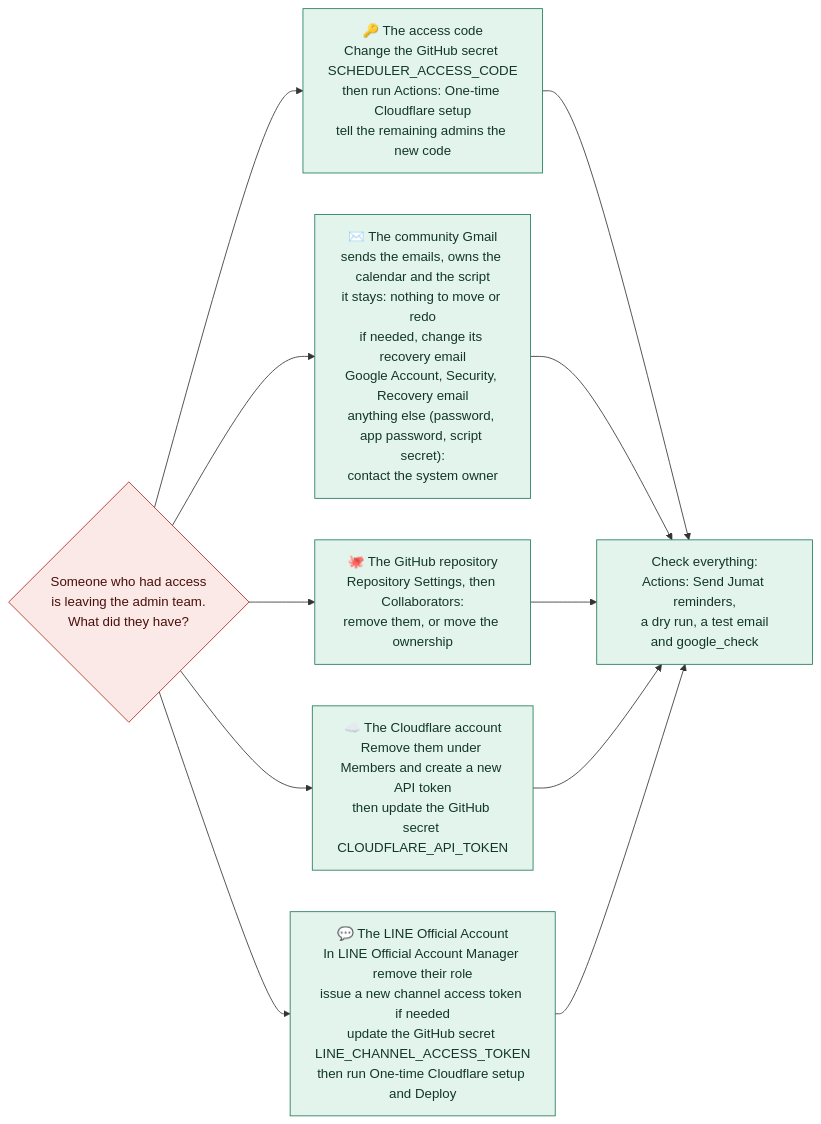
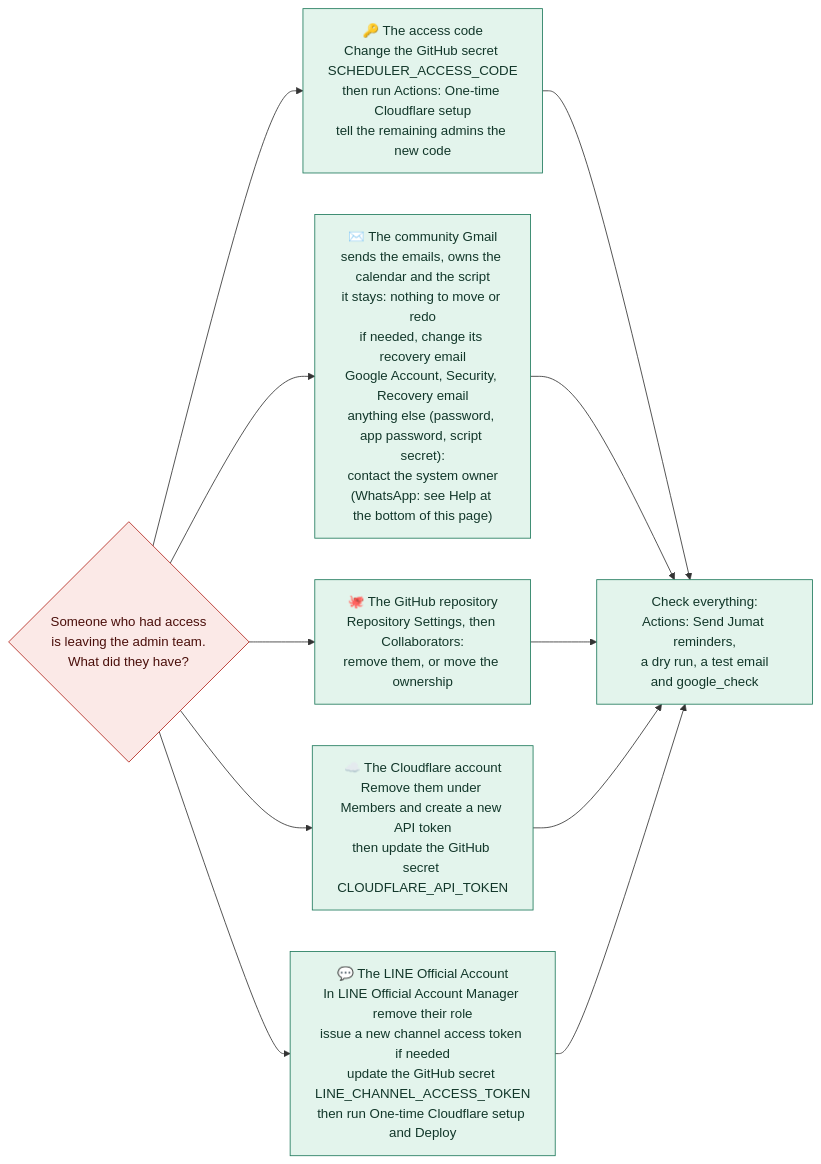
Before and after one commit to mushaffarasyidridha/Jumat-Scheduler-NAIST: the tenth of 12 diagrams in docs/GUIDE.md, drawn with Mermaid. The commit also changed other lines of this file and 6 other files, not shown here.

First line of the commit message:
Guide: add a Help line with the system owner's WhatsApp

````diff
--- a/docs/GUIDE.md
+++ b/docs/GUIDE.md
@@ -402,20 +402,20 @@
 ```mermaid
 flowchart LR
   B{"Someone who had access<br/>is leaving the admin team.<br/>What did they have?"}
   B --> D1["🔑 The access code<br/>Change the GitHub secret SCHEDULER_ACCESS_CODE<br/>then run Actions: One-time Cloudflare setup<br/>tell the remaining admins the new code"]
-  B --> D2["✉️ The community Gmail<br/>sends the emails, owns the calendar and the script<br/>it stays: nothing to move or redo<br/>if needed, change its recovery email<br/>Google Account, Security, Recovery email<br/>anything else (password, app password, script secret):<br/>contact the system owner"]
+  B --> D2["✉️ The community Gmail<br/>sends the emails, owns the calendar and the script<br/>it stays: nothing to move or redo<br/>if needed, change its recovery email<br/>Google Account, Security, Recovery email<br/>anything else (password, app password, script secret):<br/>contact the system owner<br/>(WhatsApp: see Help at the bottom of this page)"]
   B --> D3["🐙 The GitHub repository<br/>Repository Settings, then Collaborators:<br/>remove them, or move the ownership"]
   B --> D4["☁️ The Cloudflare account<br/>Remove them under Members and create a new API token<br/>then update the GitHub secret CLOUDFLARE_API_TOKEN"]
   B --> D5["💬 The LINE Official Account<br/>In LINE Official Account Manager remove their role<br/>issue a new channel access token if needed<br/>update the GitHub secret LINE_CHANNEL_ACCESS_TOKEN<br/>then run One-time Cloudflare setup and Deploy"]
 
   D1 --> E["Check everything:<br/>Actions: Send Jumat reminders,<br/>a dry run, a test email<br/>and google_check"]
   D2 --> E
   D3 --> E
   D4 --> E
   D5 --> E
 
   classDef admin fill:#e3f4ec,stroke:#1f7a5c,color:#12372a
   classDef warn fill:#fbe9e7,stroke:#b3261e,color:#4a0f0b
   class B warn
   class D1,D2,D3,D4,D5,E admin
 ```
````
